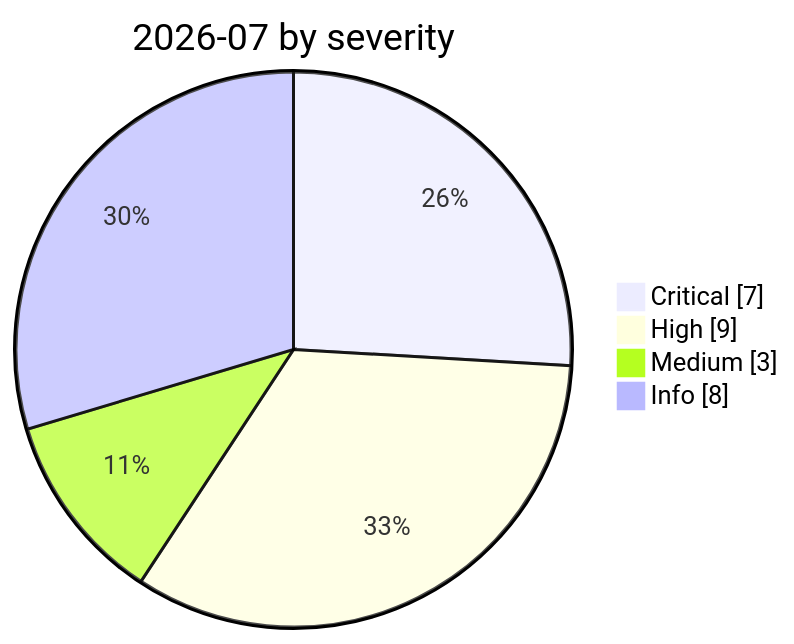
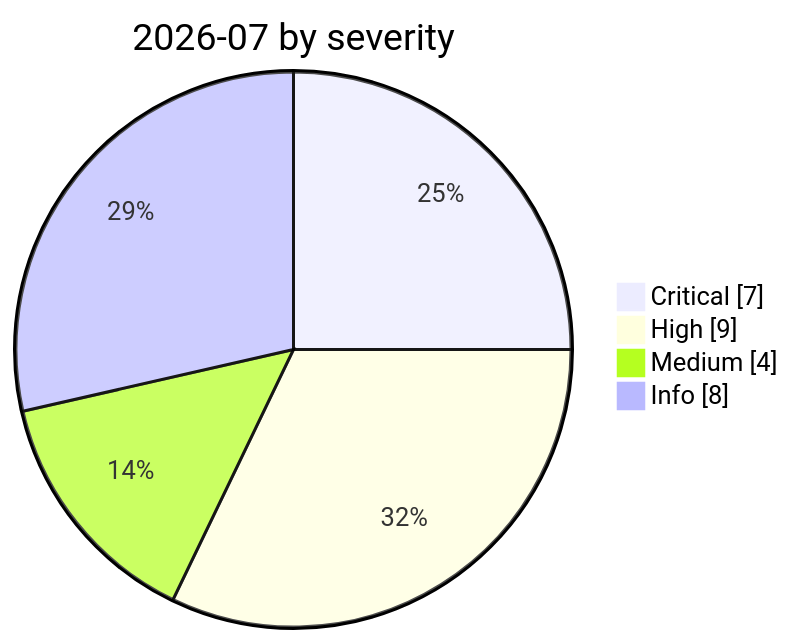
One commit to Continuum-AI-Corp/Orca-AI-Incident-Archive changed the diagram in incidents/2026-07/README.md. Above: the diagram before and after it, drawn with Mermaid. The commit also changed other lines of this file and 64 other files, not shown here.

````diff
--- a/incidents/2026-07/README.md
+++ b/incidents/2026-07/README.md
@@ -8,8 +8,8 @@
 ```mermaid
 pie showData
     title 2026-07 by severity
     "Critical" : 7
     "High" : 9
-    "Medium" : 3
+    "Medium" : 4
     "Info" : 8
 ```
````
